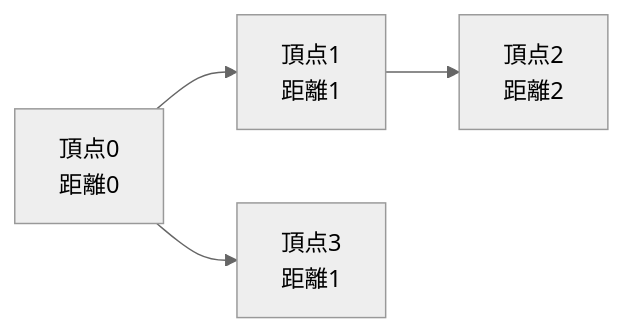
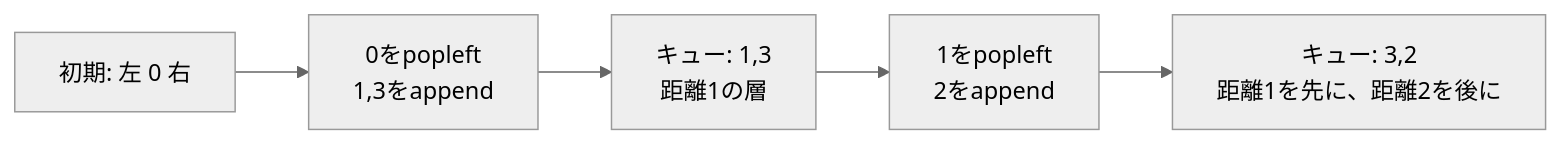
One commit to tokimeki-marinosuke/atcoder-lib changed the first of 2 diagrams in learning-notes/05_graph.md. Above: the diagram before and after it, drawn with Mermaid (neutral theme). The commit also changed other lines of this file and 14 other files, not shown here.

````diff
--- a/learning-notes/05_graph.md
+++ b/learning-notes/05_graph.md
@@ -7,6 +24,7 @@
 ```mermaid
 flowchart LR
-    A["頂点0<br/>距離0"] --> B["頂点1<br/>距離1"]
-    A --> C["頂点3<br/>距離1"]
-    B --> D["頂点2<br/>距離2"]
+    A["初期: 左 0 右"] --> B["0をpopleft<br/>1,3をappend"]
+    B --> C["キュー: 1,3<br/>距離1の層"]
+    C --> D["1をpopleft<br/>2をappend"]
+    D --> E["キュー: 3,2<br/>距離1を先に、距離2を後に"]
 ```
````
